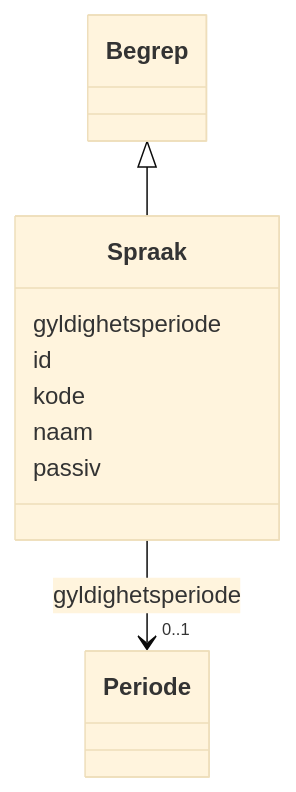
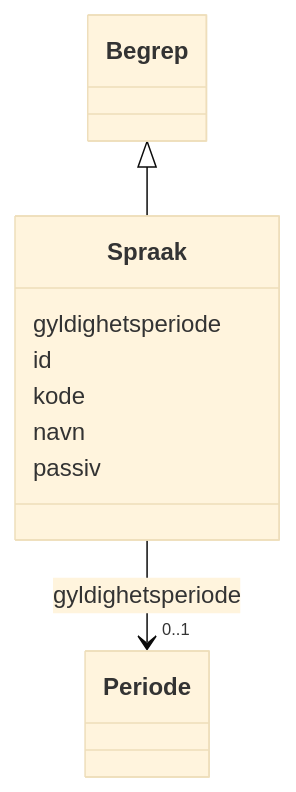
The diagram in mkdocs/docs/fint/fint-arkiv/klasser/Spraak.md (brreg/linkml-w3c-no-profiles), drawn with Mermaid (base theme) before and after one commit. The commit also changed other lines of this file and 391 other files, not shown here.

````diff
--- a/mkdocs/docs/fint/fint-arkiv/klasser/Spraak.md
+++ b/mkdocs/docs/fint/fint-arkiv/klasser/Spraak.md
@@ -18,28 +18,28 @@
 ```mermaid
  classDiagram
     class Spraak
     click Spraak href "../Spraak/"
       Begrep <|-- Spraak
         click Begrep href "../Begrep/"
       
       Spraak : gyldighetsperiode
         
           
     
         
         
         Spraak --> "0..1" Periode : gyldighetsperiode
         click Periode href "../Periode/"
     
 
         
       Spraak : id
         
       Spraak : kode
         
-      Spraak : naam
+      Spraak : navn
         
       Spraak : passiv
         
       
 ```
````
